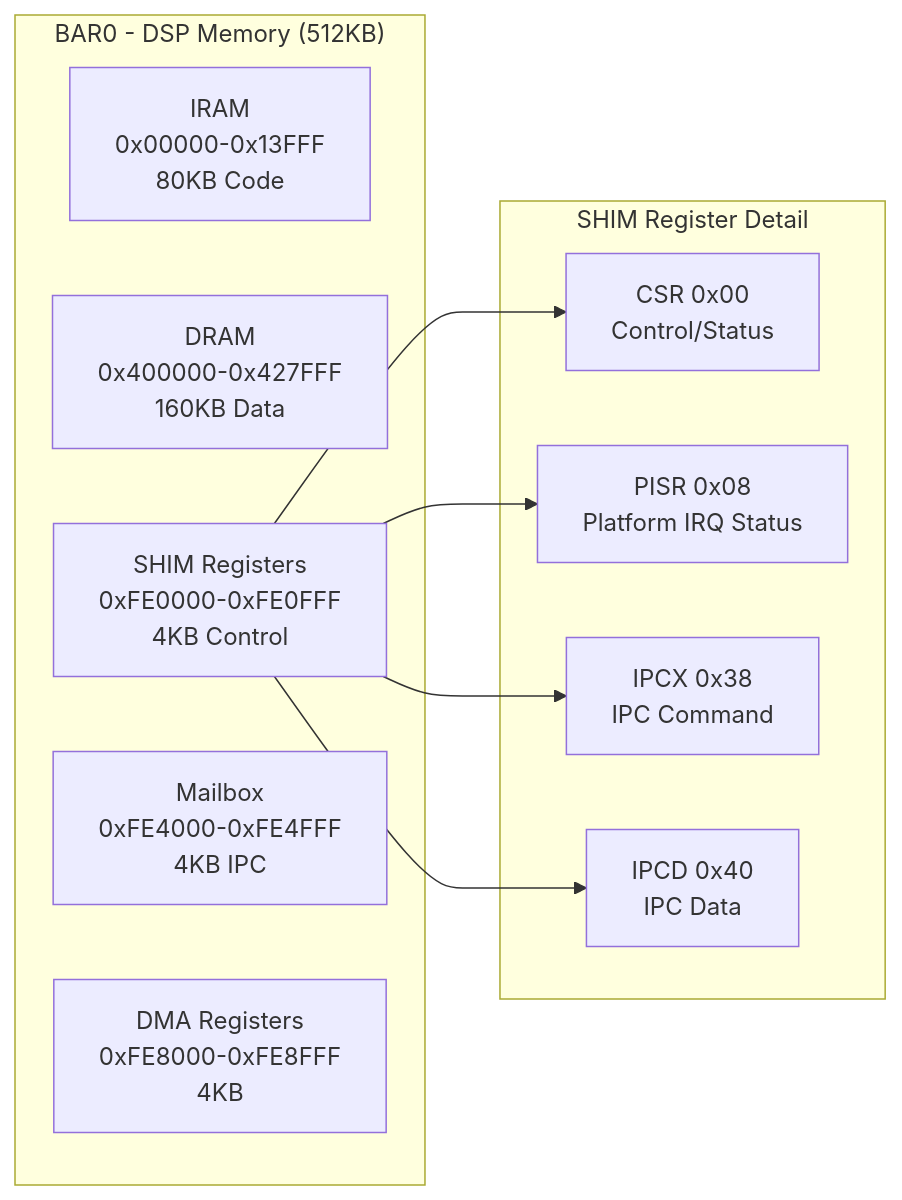
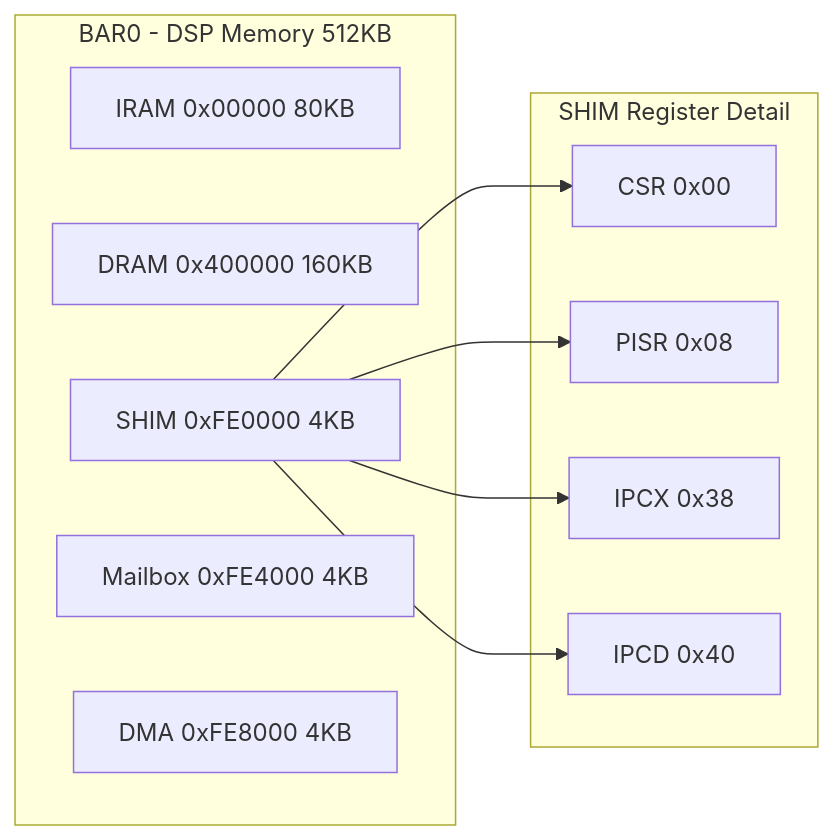
Before and after one commit to spagu/acpi_intel_sst: the fifth of 5 diagrams in README.md, drawn with Mermaid. The commit also changed other lines of this file and 2 other files, not shown here.

Commit message:
docs: Improve README diagrams and firmware instructions; feat: Enhance PCI configuration initialization in driver.

````diff
--- a/README.md
+++ b/README.md
@@ -341,22 +340,22 @@
 ```mermaid
 graph LR
-    subgraph "BAR0 - DSP Memory (512KB)"
-        IRAM[IRAM<br/>0x00000-0x13FFF<br/>80KB Code]
-        DRAM[DRAM<br/>0x400000-0x427FFF<br/>160KB Data]
-        SHIM[SHIM Registers<br/>0xFE0000-0xFE0FFF<br/>4KB Control]
-        MBOX[Mailbox<br/>0xFE4000-0xFE4FFF<br/>4KB IPC]
-        DMA_REG[DMA Registers<br/>0xFE8000-0xFE8FFF<br/>4KB]
+    subgraph BAR0["BAR0 - DSP Memory 512KB"]
+        IRAM["IRAM 0x00000 80KB"]
+        DRAM["DRAM 0x400000 160KB"]
+        SHIM["SHIM 0xFE0000 4KB"]
+        MBOX["Mailbox 0xFE4000 4KB"]
+        DMA_REG["DMA 0xFE8000 4KB"]
     end
 
-    subgraph "SHIM Register Detail"
-        CSR[CSR 0x00<br/>Control/Status]
-        PISR[PISR 0x08<br/>Platform IRQ Status]
-        IPCX[IPCX 0x38<br/>IPC Command]
-        IPCD[IPCD 0x40<br/>IPC Data]
+    subgraph SHIM_REG["SHIM Register Detail"]
+        CSR["CSR 0x00"]
+        PISR["PISR 0x08"]
+        IPCX["IPCX 0x38"]
+        IPCD["IPCD 0x40"]
     end
 
     SHIM --> CSR
     SHIM --> PISR
     SHIM --> IPCX
     SHIM --> IPCD
 ```
````
